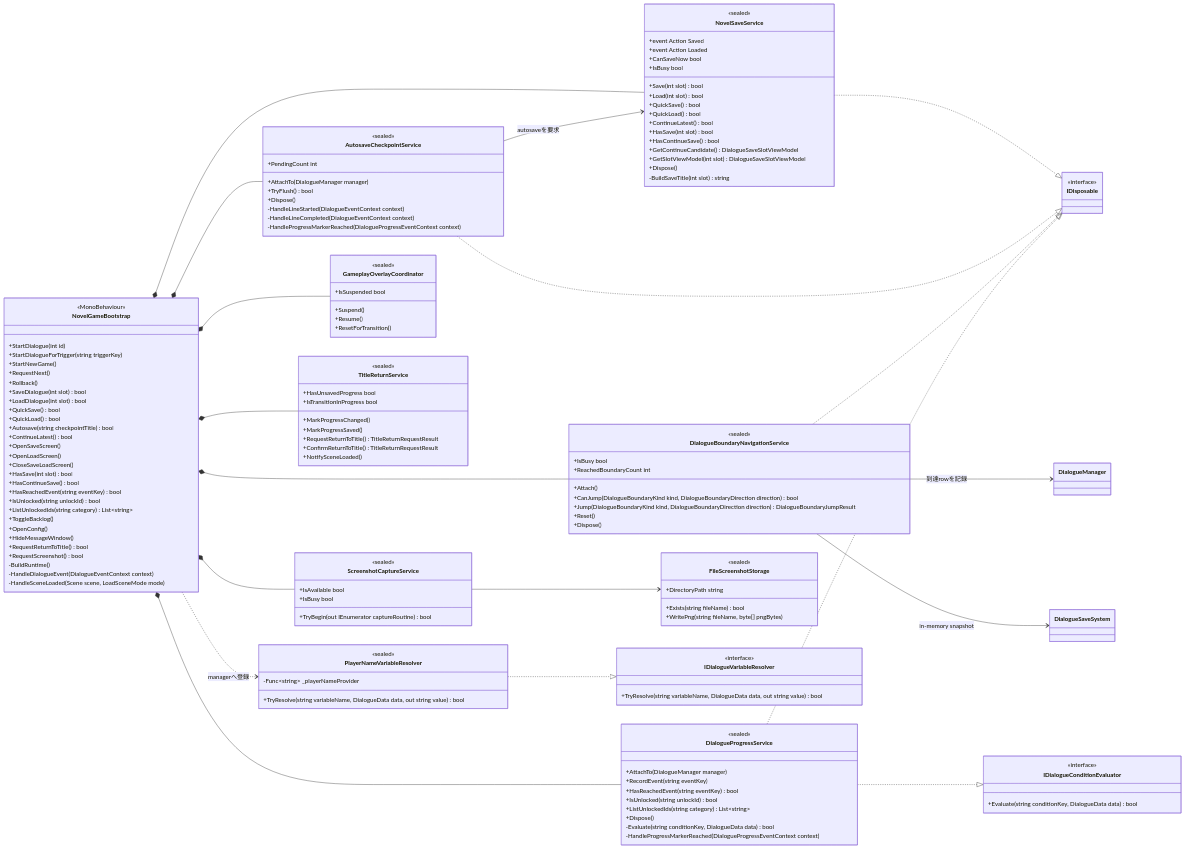
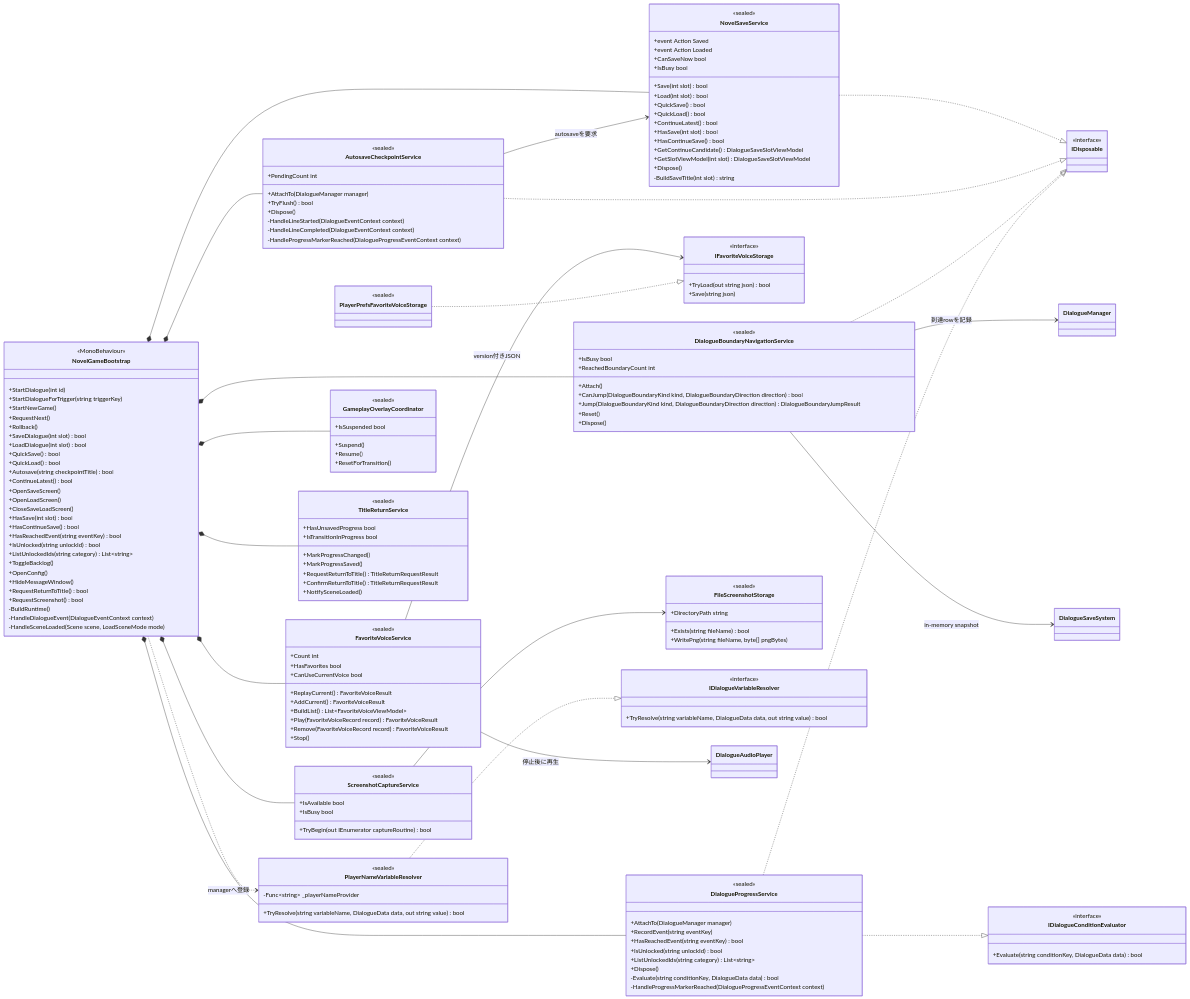
The third of 5 diagrams in docs/architecture/class-diagram.ja.md (kkmia417/WhiteRoom), drawn with Mermaid before and after one commit. The commit also changed other lines of this file and 16 other files, not shown here.

Commit message:
feat: add favorite voice replay and persistence (#63)

```diff
--- a/docs/architecture/class-diagram.ja.md
+++ b/docs/architecture/class-diagram.ja.md
@@ -231,6 +239,29 @@
         +Dispose()
     }
 
+    class FavoriteVoiceService {
+        <<sealed>>
+        +Count int
+        +HasFavorites bool
+        +CanUseCurrentVoice bool
+        +ReplayCurrent() FavoriteVoiceResult
+        +AddCurrent() FavoriteVoiceResult
+        +BuildList() List~FavoriteVoiceViewModel~
+        +Play(FavoriteVoiceRecord record) FavoriteVoiceResult
+        +Remove(FavoriteVoiceRecord record) FavoriteVoiceResult
+        +Stop()
+    }
+
+    class IFavoriteVoiceStorage {
+        <<interface>>
+        +TryLoad(out string json) bool
+        +Save(string json)
+    }
+
+    class PlayerPrefsFavoriteVoiceStorage {
+        <<sealed>>
+    }
+
     class DialogueProgressService {
         <<sealed>>
         +AttachTo(DialogueManager manager)
@@ -297,6 +328,7 @@
     NovelGameBootstrap *-- NovelSaveService
     NovelGameBootstrap *-- AutosaveCheckpointService
     NovelGameBootstrap *-- DialogueBoundaryNavigationService
+    NovelGameBootstrap *-- FavoriteVoiceService
     NovelGameBootstrap *-- DialogueProgressService
     NovelGameBootstrap *-- GameplayOverlayCoordinator
     NovelGameBootstrap *-- TitleReturnService
@@ -309,6 +341,9 @@
     DialogueBoundaryNavigationService --> DialogueManager : 到達rowを記録
     DialogueBoundaryNavigationService --> DialogueSaveSystem : in-memory snapshot
     DialogueBoundaryNavigationService ..|> IDisposable
+    FavoriteVoiceService --> IFavoriteVoiceStorage : version付きJSON
+    PlayerPrefsFavoriteVoiceStorage ..|> IFavoriteVoiceStorage
+    FavoriteVoiceService --> DialogueAudioPlayer : 停止後に再生
     DialogueProgressService ..|> IDisposable
     DialogueProgressService ..|> IDialogueConditionEvaluator
     PlayerNameVariableResolver ..|> IDialogueVariableResolver
```
